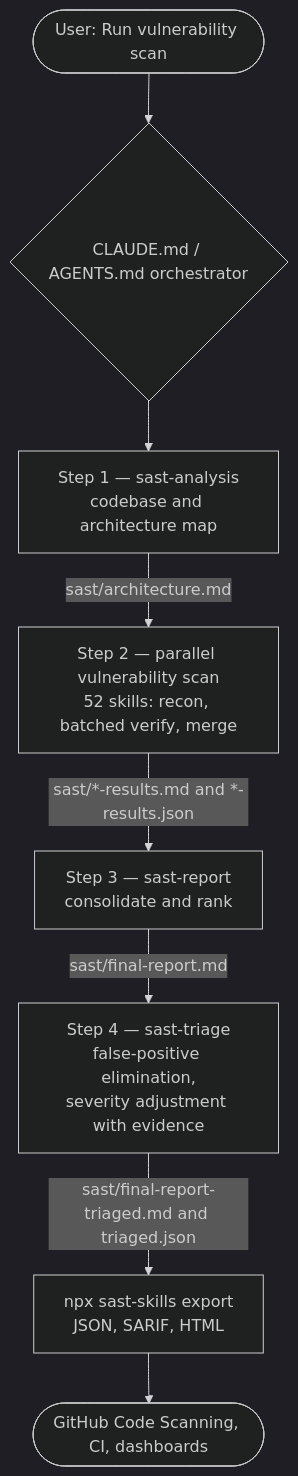
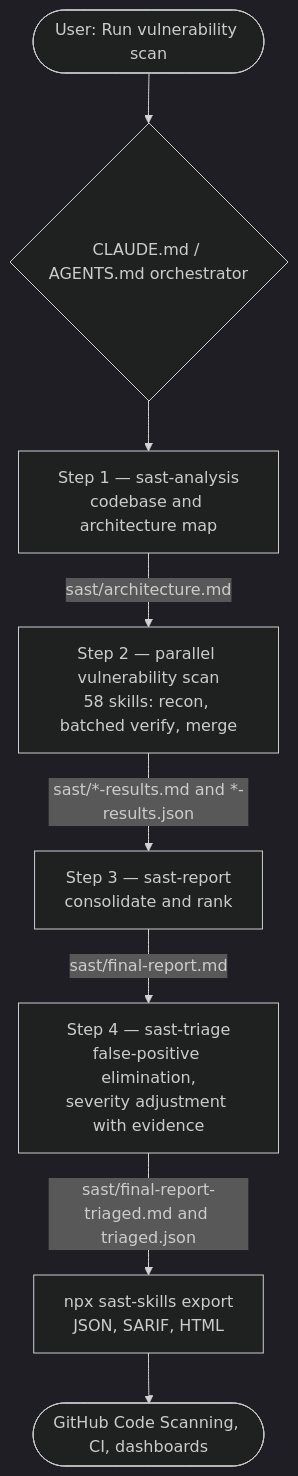
One commit to mstfknn/sast-skills changed the diagram in README.md. Above: the diagram before and after it, drawn with Mermaid (dark theme). The commit also changed other lines of this file and 17 other files, not shown here.

````diff
--- a/README.md
+++ b/README.md
@@ -62,10 +62,10 @@
 ```mermaid
 flowchart TD
     U(["User: Run vulnerability scan"]) --> R{"CLAUDE.md / AGENTS.md orchestrator"}
     R --> S1["Step 1 — sast-analysis<br/>codebase and architecture map"]
-    S1 -->|sast/architecture.md| S2["Step 2 — parallel vulnerability scan<br/>52 skills: recon, batched verify, merge"]
+    S1 -->|sast/architecture.md| S2["Step 2 — parallel vulnerability scan<br/>58 skills: recon, batched verify, merge"]
     S2 -->|sast/*-results.md and *-results.json| S3["Step 3 — sast-report<br/>consolidate and rank"]
     S3 -->|sast/final-report.md| S4["Step 4 — sast-triage<br/>false-positive elimination,<br/>severity adjustment with evidence"]
     S4 -->|sast/final-report-triaged.md and triaged.json| EXP["npx sast-skills export<br/>JSON, SARIF, HTML"]
     EXP --> CS(["GitHub Code Scanning, CI, dashboards"])
 ```
````
